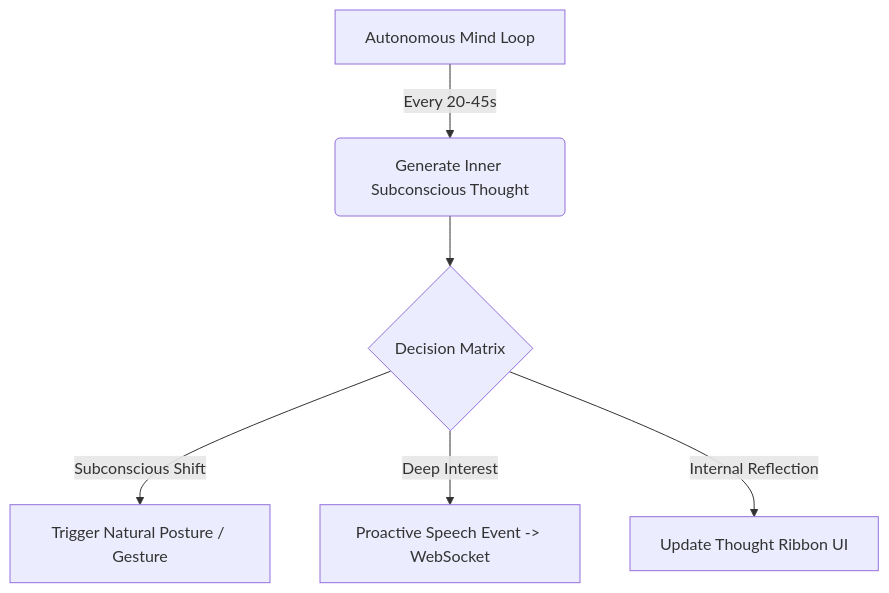
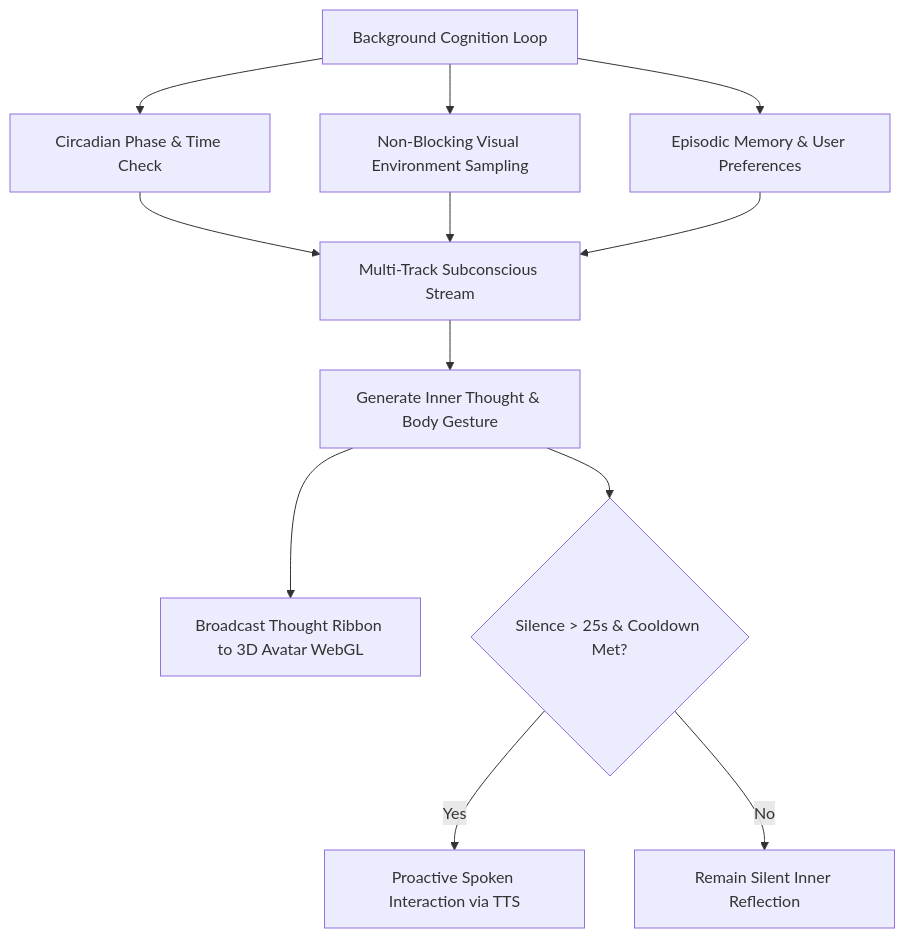
Before and after one commit to Utkarsh1087/Cortana: the first of 2 diagrams in README.md, drawn with Mermaid. The commit also changed other lines of this file and 4 other files, not shown here.

Commit message:
Rebrand to Cortana: update README with current stage architecture, system prompt, WebGL UI, launchers, and .gitignore

````diff
--- a/README.md
+++ b/README.md
@@ -100,8 +107,17 @@
 ```mermaid
-graph TD
-    A[Autonomous Mind Loop] -->|Every 20-45s| B(Generate Inner Subconscious Thought)
-    B --> C{Decision Matrix}
-    C -->|Subconscious Shift| D[Trigger Natural Posture / Gesture]
-    C -->|Deep Interest| E[Proactive Speech Event -> WebSocket]
-    C -->|Internal Reflection| F[Update Thought Ribbon UI]
+flowchart TD
+    A[Background Cognition Loop] --> B[Circadian Phase & Time Check]
+    A --> C[Non-Blocking Visual Environment Sampling]
+    A --> D[Episodic Memory & User Preferences]
+    
+    B --> E[Multi-Track Subconscious Stream]
+    C --> E
+    D --> E
+    
+    E --> F[Generate Inner Thought & Body Gesture]
+    F --> G[Broadcast Thought Ribbon to 3D Avatar WebGL]
+    
+    F --> H{Silence > 25s & Cooldown Met?}
+    H -- Yes --> I[Proactive Spoken Interaction via TTS]
+    H -- No --> J[Remain Silent Inner Reflection]
 ```
````
